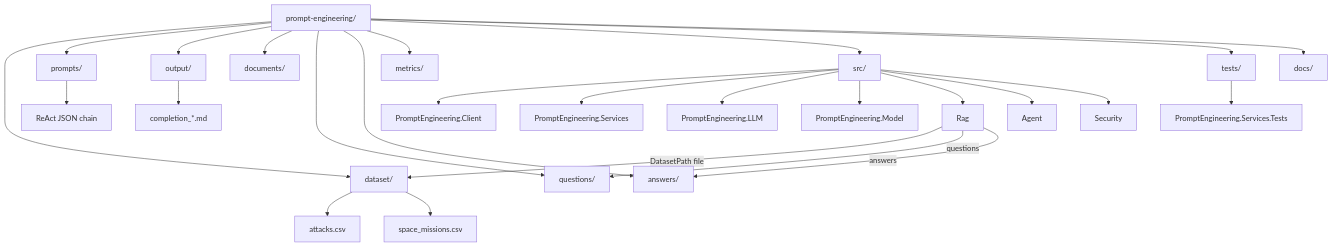
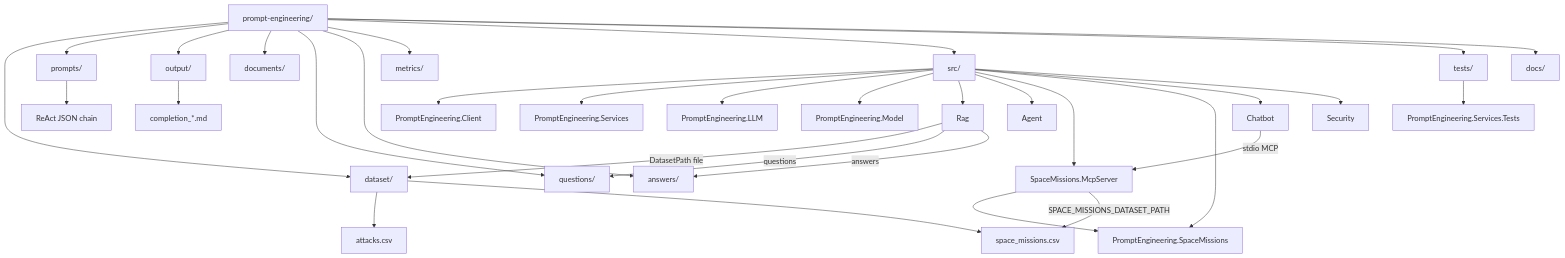
The diagram in docs/repository-structure.md (AntonRyzhkou1988/prompt-engineering), drawn with Mermaid before and after one commit. The commit also changed other lines of this file and 101 other files, not shown here.

````diff
--- a/docs/repository-structure.md
+++ b/docs/repository-structure.md
@@ -47,36 +50,43 @@
 ```mermaid
 graph TD
     ROOT["prompt-engineering/"]
 
     ROOT --> DATASET["dataset/"]
     ROOT --> PROMPTS["prompts/"]
     ROOT --> OUTPUT["output/"]
     ROOT --> EXTRA_CORPUS["documents/"]
     ROOT --> QUESTIONS["questions/"]
     ROOT --> ANSWERS["answers/"]
     ROOT --> METRICS["metrics/"]
     ROOT --> SRC["src/"]
     ROOT --> TESTS["tests/"]
     ROOT --> DOCSROOT["docs/"]
 
     DATASET --> DS_ATTACK["attacks.csv"]
     DATASET --> DS_SPACE["space_missions.csv"]
 
     PROMPTS --> P_SEQ["ReAct JSON chain"]
 
     OUTPUT --> OUT_FILE["completion_*.md"]
 
     SRC --> CLIENT["PromptEngineering.Client"]
     SRC --> SERVICES["PromptEngineering.Services"]
     SRC --> LLM["PromptEngineering.LLM"]
     SRC --> MODEL["PromptEngineering.Model"]
     SRC --> RAG["Rag"]
     SRC --> AGENT["Agent"]
+    SRC --> MCP_SM["SpaceMissions.McpServer"]
+    SRC --> LIB_SM["PromptEngineering.SpaceMissions"]
+    SRC --> CHATBOT["Chatbot"]
     SRC --> SECURITY["Security"]
+
+    MCP_SM --> LIB_SM
+    CHATBOT -->|stdio MCP| MCP_SM
+    MCP_SM -->|"SPACE_MISSIONS_DATASET_PATH"| DS_SPACE
 
     RAG -->|"DatasetPath file"| DATASET
     RAG -->|"questions"| QUESTIONS
     RAG -->|"answers"| ANSWERS
 
     TESTS --> TEST_PROJ["PromptEngineering.Services.Tests"]
 ```
````
